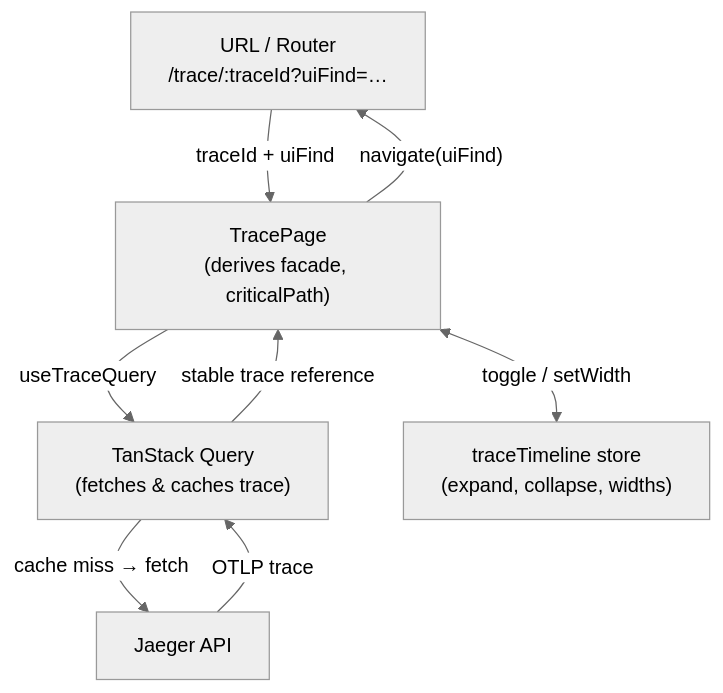
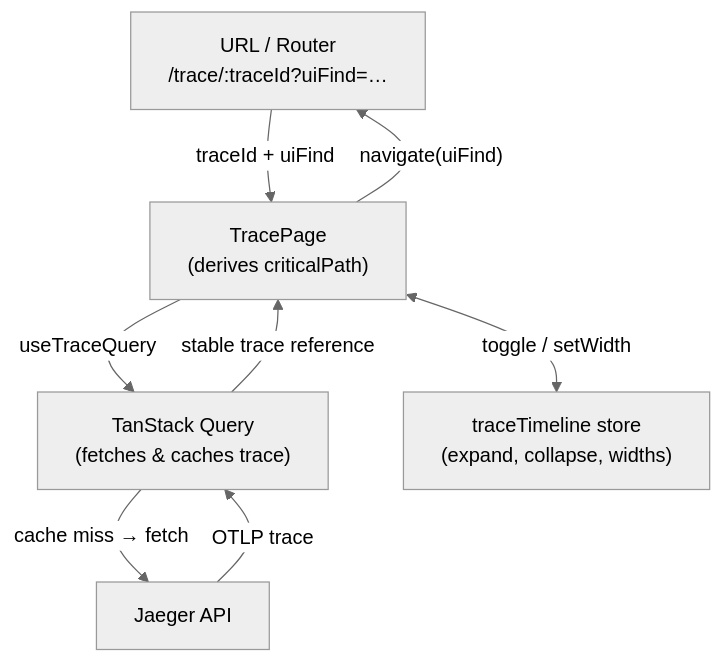
Before and after one commit to jaegertracing/jaeger-ui: the second of 2 diagrams in docs/rfc/0006-target-state-management-architecture.md, drawn with Mermaid (neutral theme). The commit also changed other lines of this file and 2 other files, not shown here.

````diff
--- a/docs/rfc/0006-target-state-management-architecture.md
+++ b/docs/rfc/0006-target-state-management-architecture.md
@@ -70,16 +70,16 @@
 ```mermaid
 flowchart TD
   Router["URL / Router\n/trace/:traceId?uiFind=…"]
   Query["TanStack Query\n(fetches & caches trace)"]
   API["Jaeger API"]
-  Page["TracePage\n(derives facade, criticalPath)"]
+  Page["TracePage\n(derives criticalPath)"]
   Store["traceTimeline store\n(expand, collapse, widths)"]
 
   Router -->|"traceId + uiFind"| Page
   Page -->|"useTraceQuery"| Query
   Query -->|"cache miss → fetch"| API
   API -->|"OTLP trace"| Query
   Query -->|"stable trace reference"| Page
   Page <-->|"toggle / setWidth"| Store
   Page -->|"navigate(uiFind)"| Router
 ```
````
